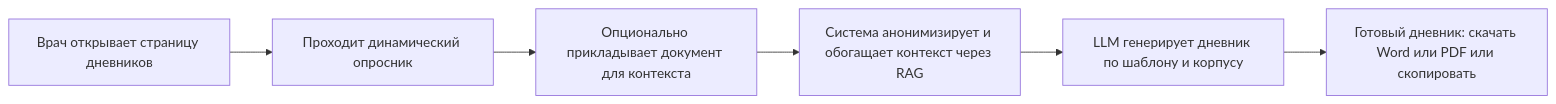
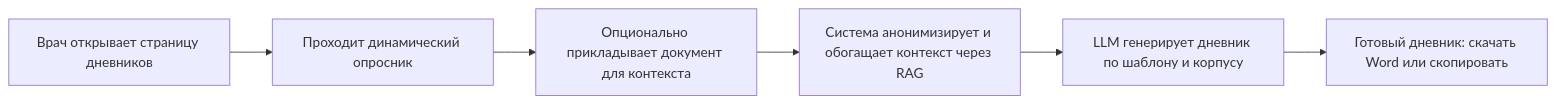
One commit to kemberl1/psynote changed the diagram in docs/00_executive_summary.md. Above: the diagram before and after it, drawn with Mermaid. The commit also changed other lines of this file and 66 other files, not shown here.

````diff
--- a/docs/00_executive_summary.md
+++ b/docs/00_executive_summary.md
@@ -28,8 +28,8 @@
 ```mermaid
 flowchart LR
     A[Врач открывает страницу дневников] --> B[Проходит динамический опросник]
     B --> C[Опционально прикладывает документ для контекста]
     C --> D[Система анонимизирует и обогащает контекст через RAG]
     D --> E[LLM генерирует дневник по шаблону и корпусу]
-    E --> F[Готовый дневник: скачать Word или PDF или скопировать]
+    E --> F[Готовый дневник: скачать Word или скопировать]
 ```
````
